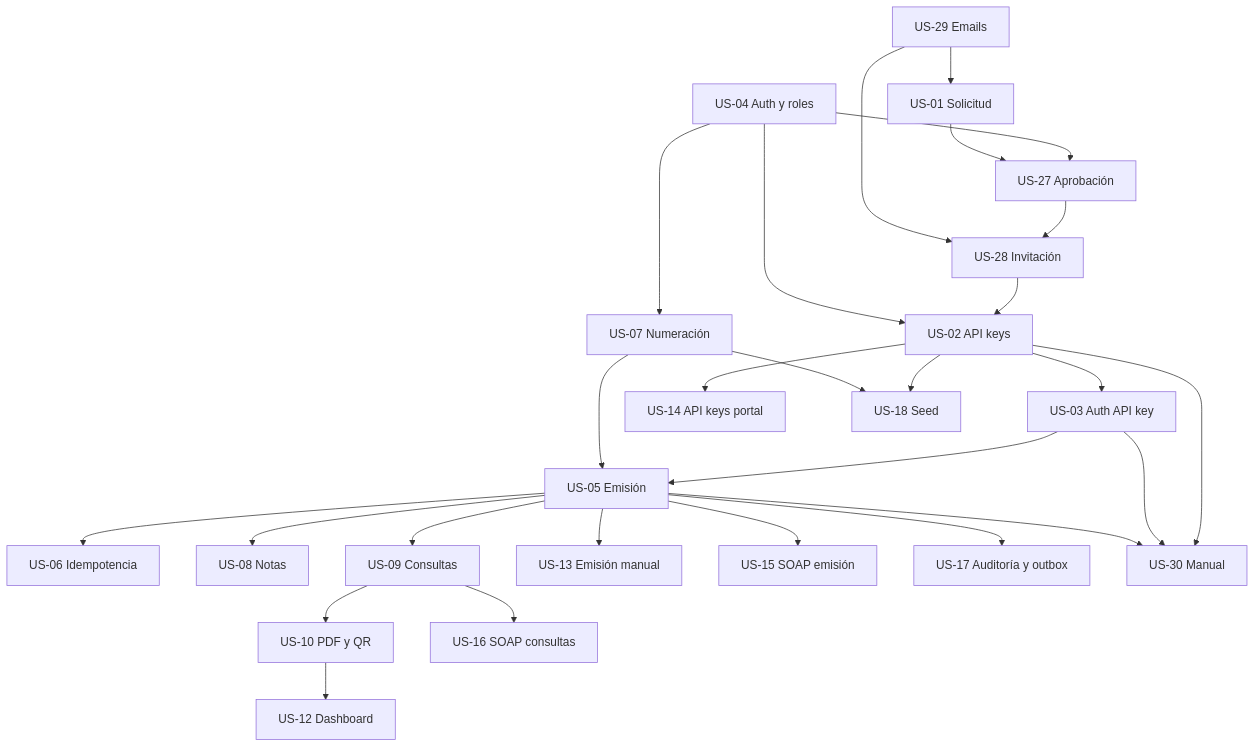
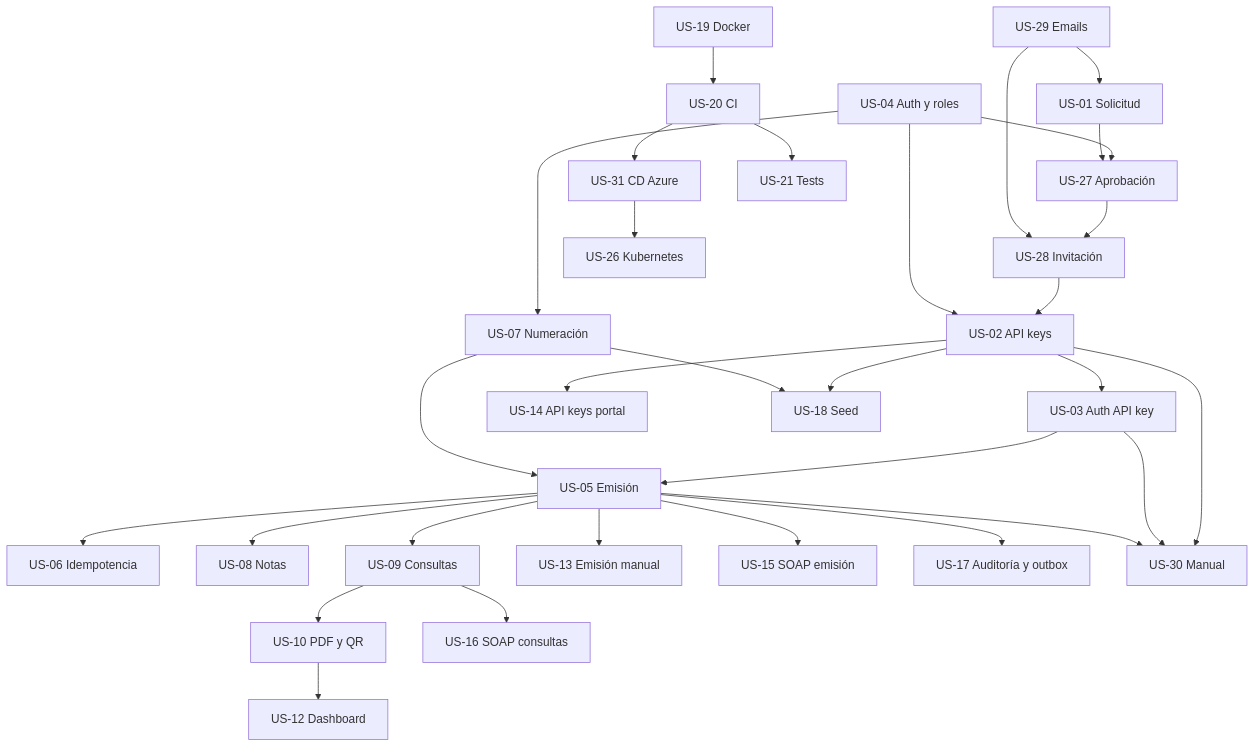
Before and after one commit to FT-Key/FacturAR: the diagram in docs/historias-usuario/README.md, drawn with Mermaid. The commit also changed other lines of this file and 10 other files, not shown here.

````diff
--- a/docs/historias-usuario/README.md
+++ b/docs/historias-usuario/README.md
@@ -92,29 +94,33 @@
 ```mermaid
 flowchart TD
     US04[US-04 Auth y roles] --> US27[US-27 Aprobación]
     US29[US-29 Emails] --> US01[US-01 Solicitud]
     US01 --> US27
     US27 --> US28[US-28 Invitación]
     US29 --> US28
     US28 --> US02[US-02 API keys]
     US04 --> US02
     US02 --> US03[US-03 Auth API key]
     US04 --> US07[US-07 Numeración]
     US03 --> US05[US-05 Emisión]
     US07 --> US05
     US05 --> US06[US-06 Idempotencia]
     US05 --> US08[US-08 Notas]
     US05 --> US09[US-09 Consultas]
     US09 --> US10[US-10 PDF y QR]
     US10 --> US12[US-12 Dashboard]
     US05 --> US13[US-13 Emisión manual]
     US02 --> US14[US-14 API keys portal]
     US05 --> US15[US-15 SOAP emisión]
     US09 --> US16[US-16 SOAP consultas]
     US05 --> US17[US-17 Auditoría y outbox]
     US02 --> US18[US-18 Seed]
     US07 --> US18
     US02 --> US30[US-30 Manual]
     US03 --> US30
     US05 --> US30
+    US19[US-19 Docker] --> US20[US-20 CI]
+    US20 --> US31[US-31 CD Azure]
+    US20 --> US21[US-21 Tests]
+    US31 --> US26[US-26 Kubernetes]
 ```
````
